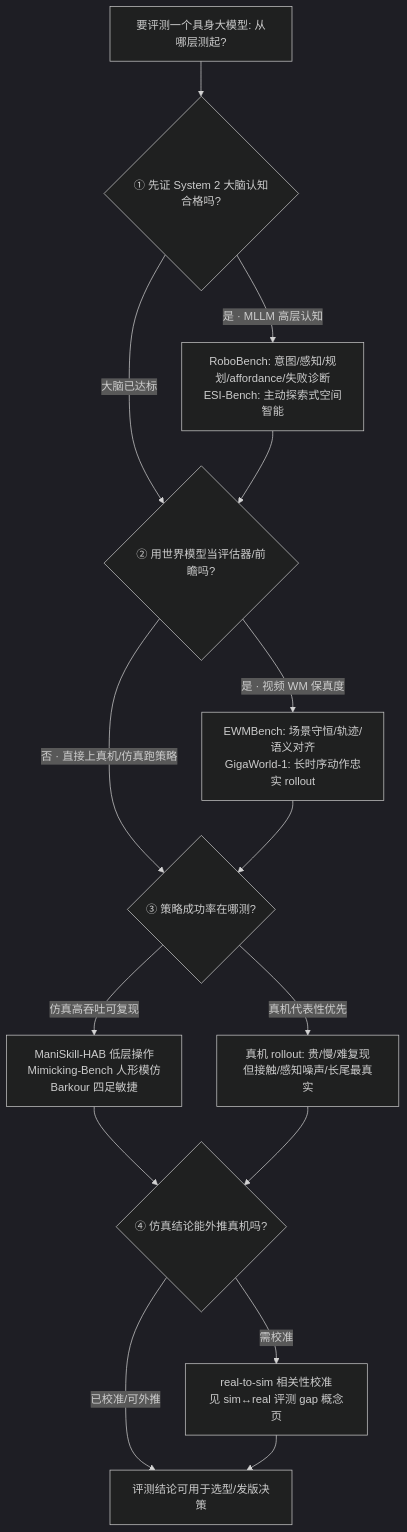
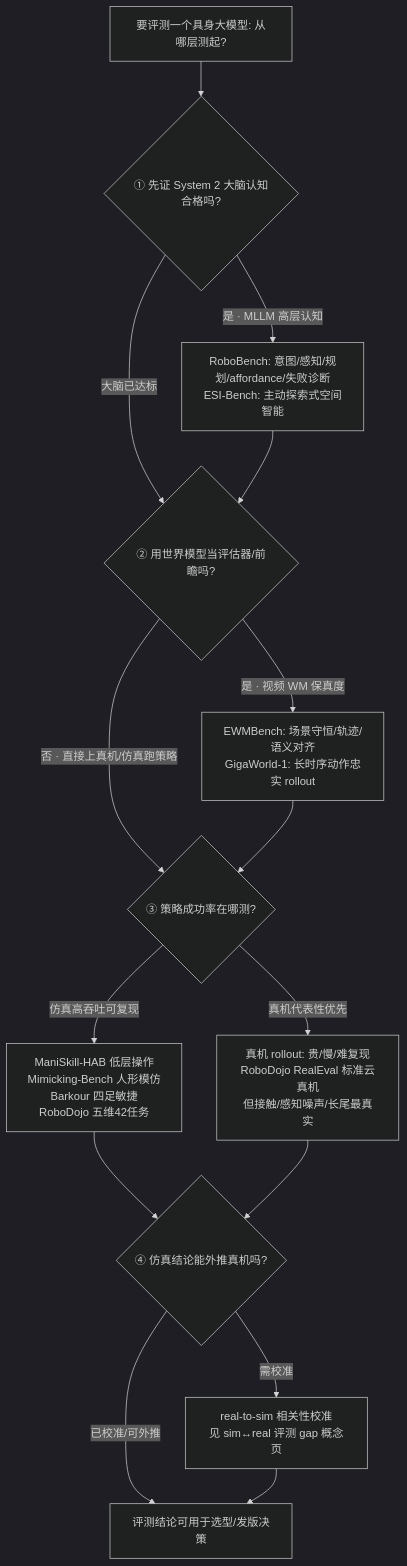
Before and after one commit to ImChong/Robotics_Notebooks: the diagram in wiki/queries/embodied-eval-benchmark-selection-loop.md, drawn with Mermaid (dark theme). The commit also changed other lines of this file and 24 other files, not shown here.

First line of the commit message:
[2026-07-27] ingest | sources/blogs/robodojo_open_longterm_eval_2026-07.md — RoboDojo 长期公益评测与 XPolicyLab 上榜规则

````diff
--- a/wiki/queries/embodied-eval-benchmark-selection-loop.md
+++ b/wiki/queries/embodied-eval-benchmark-selection-loop.md
@@ -53,18 +55,18 @@
 ```mermaid
 flowchart TD
   start[要评测一个具身大模型: 从哪层测起?]
   start --> l1{① 先证 System 2 大脑认知合格吗?}
   l1 -->|是 · MLLM 高层认知| brain[RoboBench: 意图/感知/规划/affordance/失败诊断<br/>ESI-Bench: 主动探索式空间智能]
   l1 -->|大脑已达标| l2
   brain --> l2{② 用世界模型当评估器/前瞻吗?}
   l2 -->|是 · 视频 WM 保真度| wm[EWMBench: 场景守恒/轨迹/语义对齐<br/>GigaWorld-1: 长时序动作忠实 rollout]
   l2 -->|否 · 直接上真机/仿真跑策略| l3
   wm --> l3{③ 策略成功率在哪测?}
-  l3 -->|仿真高吞吐可复现| simeval[ManiSkill-HAB 低层操作<br/>Mimicking-Bench 人形模仿<br/>Barkour 四足敏捷]
-  l3 -->|真机代表性优先| realeval[真机 rollout: 贵/慢/难复现<br/>但接触/感知噪声/长尾最真实]
+  l3 -->|仿真高吞吐可复现| simeval[ManiSkill-HAB 低层操作<br/>Mimicking-Bench 人形模仿<br/>Barkour 四足敏捷<br/>RoboDojo 五维42任务]
+  l3 -->|真机代表性优先| realeval[真机 rollout: 贵/慢/难复现<br/>RoboDojo RealEval 标准云真机<br/>但接触/感知噪声/长尾最真实]
   simeval --> l4{④ 仿真结论能外推真机吗?}
   realeval --> l4
   l4 -->|需校准| gap[real-to-sim 相关性校准<br/>见 sim↔real 评测 gap 概念页]
   l4 -->|已校准/可外推| ship[评测结论可用于选型/发版决策]
   gap --> ship
 ```
````
